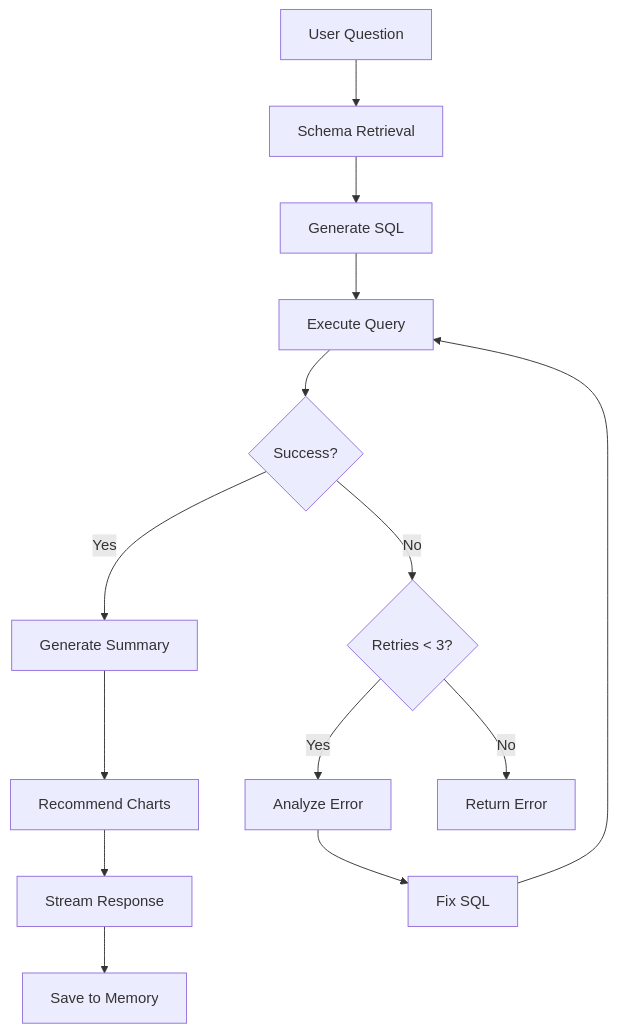
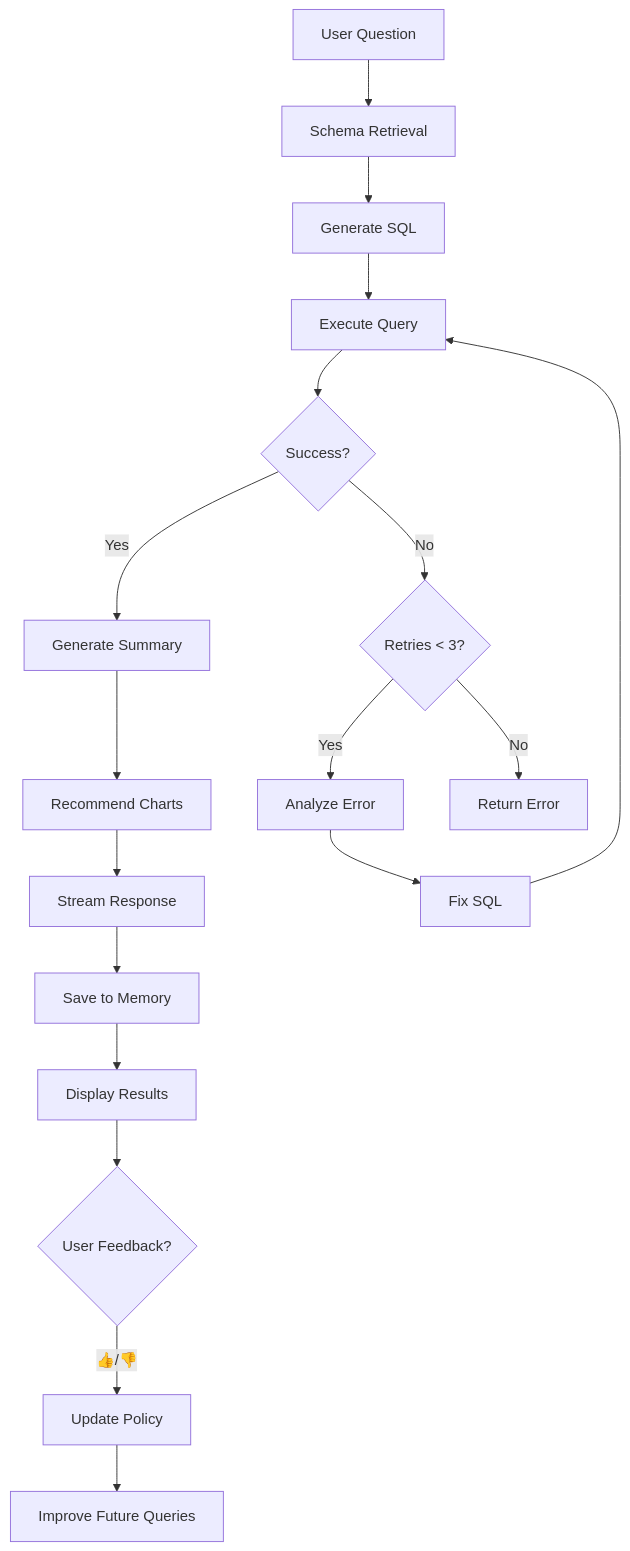
One commit to manish6007/clearskychatbot changed the diagram in README.md. Above: the diagram before and after it, drawn with Mermaid. The commit also changed other lines of this file and 23 other files, not shown here.

````diff
--- a/README.md
+++ b/README.md
@@ -287,16 +301,20 @@
 ```mermaid
 flowchart TD
     A[User Question] --> B[Schema Retrieval]
     B --> C[Generate SQL]
     C --> D[Execute Query]
     D --> E{Success?}
     E -->|Yes| F[Generate Summary]
     E -->|No| G{Retries < 3?}
     G -->|Yes| H[Analyze Error]
     H --> I[Fix SQL]
     I --> D
     G -->|No| J[Return Error]
     F --> K[Recommend Charts]
     K --> L[Stream Response]
     L --> M[Save to Memory]
+    M --> N[Display Results]
+    N --> O{User Feedback?}
+    O -->|👍/👎| P[Update Policy]
+    P --> Q[Improve Future Queries]
 ```
````
